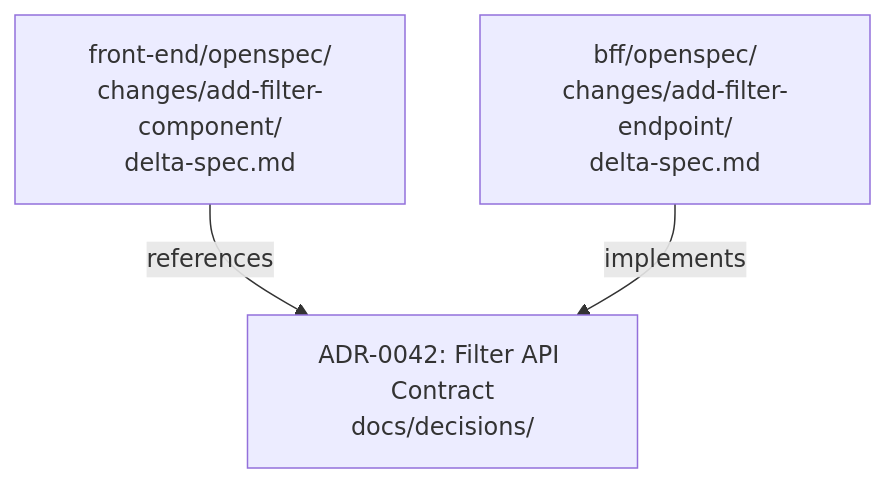
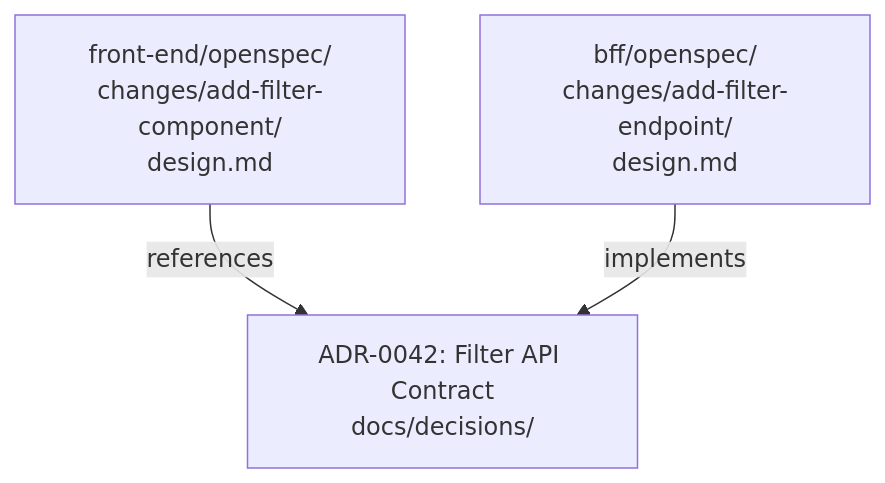
One commit to intent-engineering-for-coding-agents/book changed the diagram in content/team/openspec-across-stacks.md. Above: the diagram before and after it, drawn with Mermaid. The commit also changed other lines of this file and 6 other files, not shown here.

````diff
--- a/content/team/openspec-across-stacks.md
+++ b/content/team/openspec-across-stacks.md
@@ -57,8 +57,8 @@
 ```mermaid
 graph TD
   ADR["ADR-0042: Filter API Contract<br/>docs/decisions/"]
-  FE["front-end/openspec/<br/>changes/add-filter-component/<br/>delta-spec.md"]
-  BFF["bff/openspec/<br/>changes/add-filter-endpoint/<br/>delta-spec.md"]
+  FE["front-end/openspec/<br/>changes/add-filter-component/<br/>design.md"]
+  BFF["bff/openspec/<br/>changes/add-filter-endpoint/<br/>design.md"]
   FE -- "references" --> ADR
   BFF -- "implements" --> ADR
 ```
````
